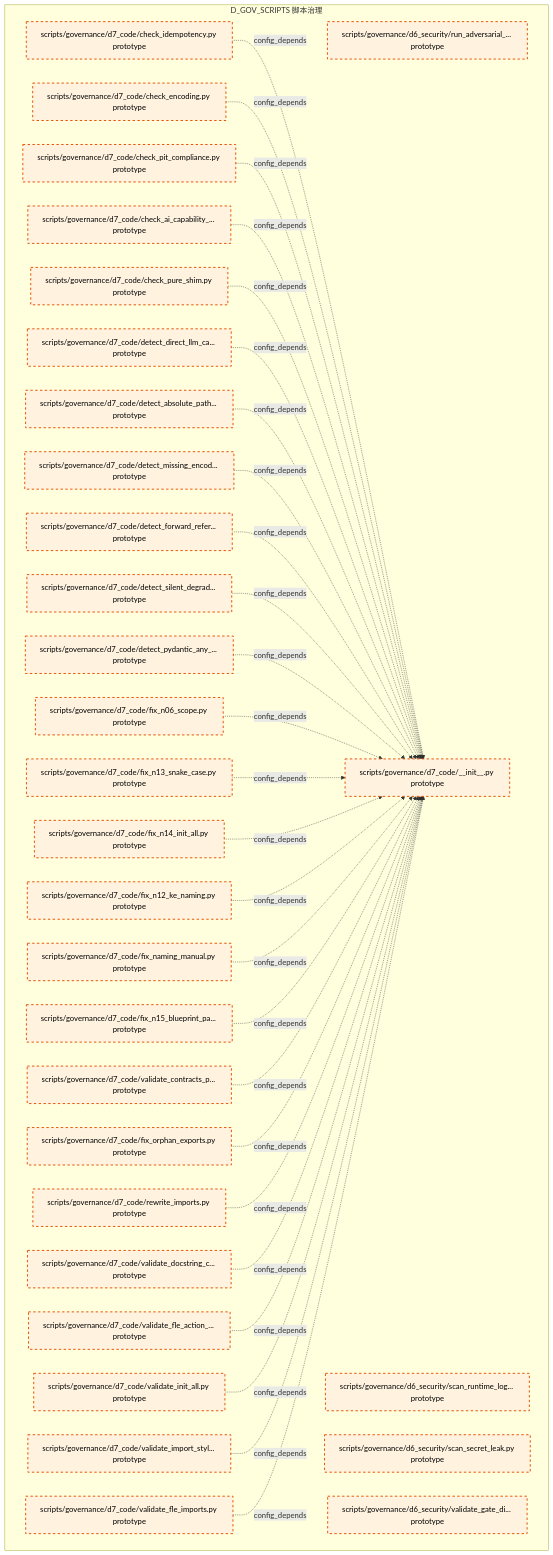
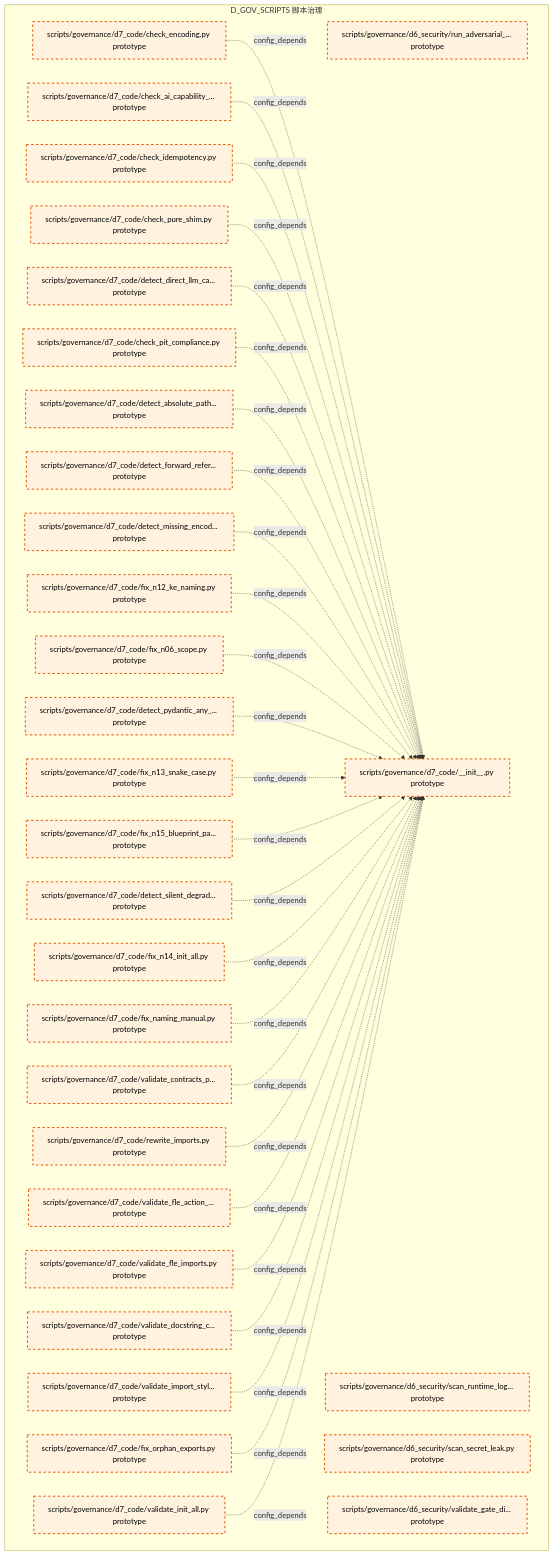
Before and after one commit to xuanFelixVan/ZephyrAlpha: the tenth of 15 diagrams in docs/02_enterprise_architecture/02_domain_architecture_docs/39_d_gov_scripts.md, drawn with Mermaid. The commit also changed other lines of this file and 60 other files, not shown here.

````diff
--- a/docs/02_enterprise_architecture/02_domain_architecture_docs/39_d_gov_scripts.md
+++ b/docs/02_enterprise_architecture/02_domain_architecture_docs/39_d_gov_scripts.md
@@ -700,65 +699,65 @@
 ```mermaid
 graph TD
     subgraph D_GOV_SCRIPTS["D_GOV_SCRIPTS 脚本治理"]
         scripts_governance_d6_security_run_adversarial_checks_py["scripts/governance/d6_security/run_adversarial_... prototype"]
         scripts_governance_d6_security_scan_runtime_log_secrets_py["scripts/governance/d6_security/scan_runtime_log... prototype"]
         scripts_governance_d6_security_scan_secret_leak_py["scripts/governance/d6_security/scan_secret_leak.py prototype"]
         scripts_governance_d6_security_validate_gate_discipline_py["scripts/governance/d6_security/validate_gate_di... prototype"]
         scripts_governance_d7_code_init_py["scripts/governance/d7_code/__init__.py prototype"]
         scripts_governance_d7_code_check_ai_capability_boundary_py["scripts/governance/d7_code/check_ai_capability_... prototype"]
         scripts_governance_d7_code_check_encoding_py["scripts/governance/d7_code/check_encoding.py prototype"]
         scripts_governance_d7_code_check_idempotency_py["scripts/governance/d7_code/check_idempotency.py prototype"]
         scripts_governance_d7_code_check_pit_compliance_py["scripts/governance/d7_code/check_pit_compliance.py prototype"]
         scripts_governance_d7_code_check_pure_shim_py["scripts/governance/d7_code/check_pure_shim.py prototype"]
         scripts_governance_d7_code_detect_absolute_path_hardcoding_py["scripts/governance/d7_code/detect_absolute_path... prototype"]
         scripts_governance_d7_code_detect_direct_llm_calls_py["scripts/governance/d7_code/detect_direct_llm_ca... prototype"]
         scripts_governance_d7_code_detect_forward_reference_py["scripts/governance/d7_code/detect_forward_refer... prototype"]
         scripts_governance_d7_code_detect_missing_encoding_py["scripts/governance/d7_code/detect_missing_encod... prototype"]
         scripts_governance_d7_code_detect_pydantic_any_fields_py["scripts/governance/d7_code/detect_pydantic_any_... prototype"]
         scripts_governance_d7_code_detect_silent_degradation_py["scripts/governance/d7_code/detect_silent_degrad... prototype"]
         scripts_governance_d7_code_fix_n06_scope_py["scripts/governance/d7_code/fix_n06_scope.py prototype"]
         scripts_governance_d7_code_fix_n12_ke_naming_py["scripts/governance/d7_code/fix_n12_ke_naming.py prototype"]
         scripts_governance_d7_code_fix_n13_snake_case_py["scripts/governance/d7_code/fix_n13_snake_case.py prototype"]
         scripts_governance_d7_code_fix_n14_init_all_py["scripts/governance/d7_code/fix_n14_init_all.py prototype"]
         scripts_governance_d7_code_fix_n15_blueprint_path_py["scripts/governance/d7_code/fix_n15_blueprint_pa... prototype"]
         scripts_governance_d7_code_fix_naming_manual_py["scripts/governance/d7_code/fix_naming_manual.py prototype"]
         scripts_governance_d7_code_fix_orphan_exports_py["scripts/governance/d7_code/fix_orphan_exports.py prototype"]
         scripts_governance_d7_code_rewrite_imports_py["scripts/governance/d7_code/rewrite_imports.py prototype"]
         scripts_governance_d7_code_validate_contracts_purity_py["scripts/governance/d7_code/validate_contracts_p... prototype"]
         scripts_governance_d7_code_validate_docstring_coverage_py["scripts/governance/d7_code/validate_docstring_c... prototype"]
         scripts_governance_d7_code_validate_fle_action_metadata_py["scripts/governance/d7_code/validate_fle_action_... prototype"]
         scripts_governance_d7_code_validate_fle_imports_py["scripts/governance/d7_code/validate_fle_imports.py prototype"]
         scripts_governance_d7_code_validate_import_style_py["scripts/governance/d7_code/validate_import_styl... prototype"]
         scripts_governance_d7_code_validate_init_all_py["scripts/governance/d7_code/validate_init_all.py prototype"]
     end
+    scripts_governance_d7_code_check_encoding_py -.->|config_depends| scripts_governance_d7_code_init_py
+    scripts_governance_d7_code_check_ai_capability_boundary_py -.->|config_depends| scripts_governance_d7_code_init_py
     scripts_governance_d7_code_check_idempotency_py -.->|config_depends| scripts_governance_d7_code_init_py
-    scripts_governance_d7_code_check_encoding_py -.->|config_depends| scripts_governance_d7_code_init_py
-    scripts_governance_d7_code_check_pit_compliance_py -.->|config_depends| scripts_governance_d7_code_init_py
-    scripts_governance_d7_code_check_ai_capability_boundary_py -.->|config_depends| scripts_governance_d7_code_init_py
     scripts_governance_d7_code_check_pure_shim_py -.->|config_depends| scripts_governance_d7_code_init_py
     scripts_governance_d7_code_detect_direct_llm_calls_py -.->|config_depends| scripts_governance_d7_code_init_py
+    scripts_governance_d7_code_check_pit_compliance_py -.->|config_depends| scripts_governance_d7_code_init_py
     scripts_governance_d7_code_detect_absolute_path_hardcoding_py -.->|config_depends| scripts_governance_d7_code_init_py
+    scripts_governance_d7_code_detect_forward_reference_py -.->|config_depends| scripts_governance_d7_code_init_py
     scripts_governance_d7_code_detect_missing_encoding_py -.->|config_depends| scripts_governance_d7_code_init_py
-    scripts_governance_d7_code_detect_forward_reference_py -.->|config_depends| scripts_governance_d7_code_init_py
+    scripts_governance_d7_code_fix_n12_ke_naming_py -.->|config_depends| scripts_governance_d7_code_init_py
+    scripts_governance_d7_code_fix_n06_scope_py -.->|config_depends| scripts_governance_d7_code_init_py
+    scripts_governance_d7_code_detect_pydantic_any_fields_py -.->|config_depends| scripts_governance_d7_code_init_py
+    scripts_governance_d7_code_fix_n13_snake_case_py -.->|config_depends| scripts_governance_d7_code_init_py
+    scripts_governance_d7_code_fix_n15_blueprint_path_py -.->|config_depends| scripts_governance_d7_code_init_py
     scripts_governance_d7_code_detect_silent_degradation_py -.->|config_depends| scripts_governance_d7_code_init_py
-    scripts_governance_d7_code_detect_pydantic_any_fields_py -.->|config_depends| scripts_governance_d7_code_init_py
-    scripts_governance_d7_code_fix_n06_scope_py -.->|config_depends| scripts_governance_d7_code_init_py
-    scripts_governance_d7_code_fix_n13_snake_case_py -.->|config_depends| scripts_governance_d7_code_init_py
     scripts_governance_d7_code_fix_n14_init_all_py -.->|config_depends| scripts_governance_d7_code_init_py
-    scripts_governance_d7_code_fix_n12_ke_naming_py -.->|config_depends| scripts_governance_d7_code_init_py
     scripts_governance_d7_code_fix_naming_manual_py -.->|config_depends| scripts_governance_d7_code_init_py
-    scripts_governance_d7_code_fix_n15_blueprint_path_py -.->|config_depends| scripts_governance_d7_code_init_py
     scripts_governance_d7_code_validate_contracts_purity_py -.->|config_depends| scripts_governance_d7_code_init_py
+    scripts_governance_d7_code_rewrite_imports_py -.->|config_depends| scripts_governance_d7_code_init_py
+    scripts_governance_d7_code_validate_fle_action_metadata_py -.->|config_depends| scripts_governance_d7_code_init_py
+    scripts_governance_d7_code_validate_fle_imports_py -.->|config_depends| scripts_governance_d7_code_init_py
+    scripts_governance_d7_code_validate_docstring_coverage_py -.->|config_depends| scripts_governance_d7_code_init_py
+    scripts_governance_d7_code_validate_import_style_py -.->|config_depends| scripts_governance_d7_code_init_py
     scripts_governance_d7_code_fix_orphan_exports_py -.->|config_depends| scripts_governance_d7_code_init_py
-    scripts_governance_d7_code_rewrite_imports_py -.->|config_depends| scripts_governance_d7_code_init_py
-    scripts_governance_d7_code_validate_docstring_coverage_py -.->|config_depends| scripts_governance_d7_code_init_py
-    scripts_governance_d7_code_validate_fle_action_metadata_py -.->|config_depends| scripts_governance_d7_code_init_py
     scripts_governance_d7_code_validate_init_all_py -.->|config_depends| scripts_governance_d7_code_init_py
-    scripts_governance_d7_code_validate_import_style_py -.->|config_depends| scripts_governance_d7_code_init_py
-    scripts_governance_d7_code_validate_fle_imports_py -.->|config_depends| scripts_governance_d7_code_init_py
     classDef production fill:#e1f5fe,stroke:#01579b,stroke-width:2px,color:#000
     classDef design fill:#fff3e0,stroke:#e65100,stroke-width:2px,color:#000,stroke-dasharray: 5 5
     classDef external_prod fill:#e8f5e9,stroke:#1b5e20,stroke-width:1px,color:#000
     classDef external_design fill:#fce4ec,stroke:#880e4f,stroke-width:1px,color:#000,stroke-dasharray: 5 5
     class scripts_governance_d6_security_run_adversarial_checks_py,scripts_governance_d6_security_scan_runtime_log_secrets_py,scripts_governance_d6_security_scan_secret_leak_py,scripts_governance_d6_security_validate_gate_discipline_py,scripts_governance_d7_code_init_py,scripts_governance_d7_code_check_ai_capability_boundary_py,scripts_governance_d7_code_check_encoding_py,scripts_governance_d7_code_check_idempotency_py,scripts_governance_d7_code_check_pit_compliance_py,scripts_governance_d7_code_check_pure_shim_py,scripts_governance_d7_code_detect_absolute_path_hardcoding_py,scripts_governance_d7_code_detect_direct_llm_calls_py,scripts_governance_d7_code_detect_forward_reference_py,scripts_governance_d7_code_detect_missing_encoding_py,scripts_governance_d7_code_detect_pydantic_any_fields_py,scripts_governance_d7_code_detect_silent_degradation_py,scripts_governance_d7_code_fix_n06_scope_py,scripts_governance_d7_code_fix_n12_ke_naming_py,scripts_governance_d7_code_fix_n13_snake_case_py,scripts_governance_d7_code_fix_n14_init_all_py,scripts_governance_d7_code_fix_n15_blueprint_path_py,scripts_governance_d7_code_fix_naming_manual_py,scripts_governance_d7_code_fix_orphan_exports_py,scripts_governance_d7_code_rewrite_imports_py,scripts_governance_d7_code_validate_contracts_purity_py,scripts_governance_d7_code_validate_docstring_coverage_py,scripts_governance_d7_code_validate_fle_action_metadata_py,scripts_governance_d7_code_validate_fle_imports_py,scripts_governance_d7_code_validate_import_style_py,scripts_governance_d7_code_validate_init_all_py design
 ```
````
